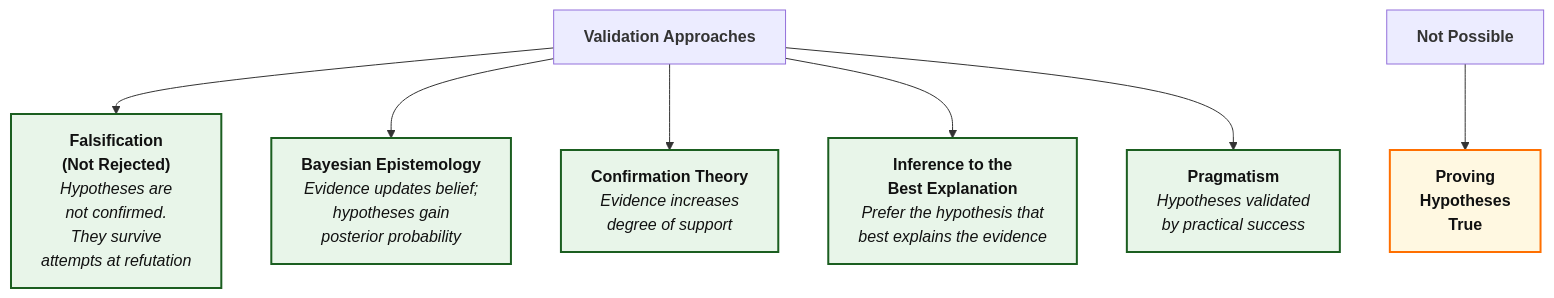
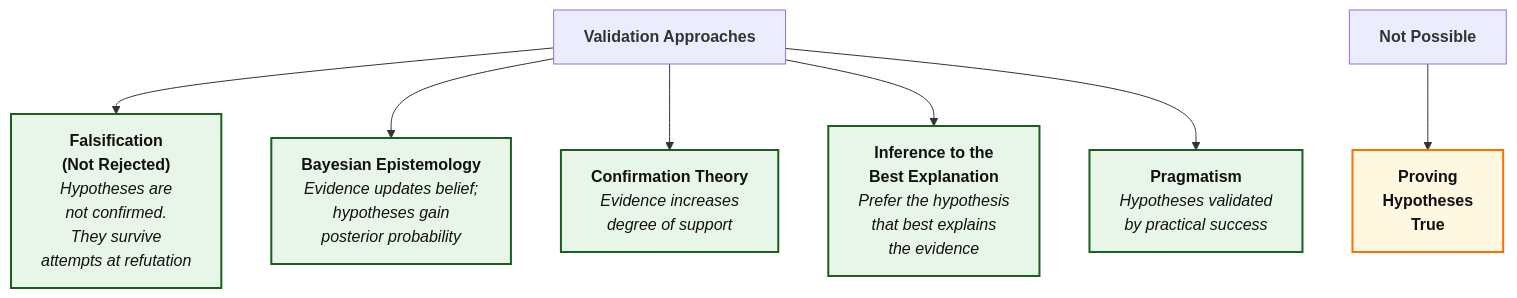
The diagram in work-notes/nek3.md (Tellusant/docs), drawn with Mermaid before and after one commit.

Commit message:
Fix wording in Inference to the Best Explanation

```diff
--- a/work-notes/nek3.md
+++ b/work-notes/nek3.md
@@ -4,33 +4,33 @@
 <div class="mermaid">
 
 flowchart TD
 
 %%{init: {'themeVariables': { 'fontFamily': 'Arial'}}}%%
 
     V["`**Validation Approaches**`"]:::none
 
     F["`**Falsification<br/>(Not Rejected)**<br/>*Hypotheses are<br/>not confirmed.<br/>They survive<br/>attempts at refutation*`"]:::strong
     B["`**Bayesian Epistemology**<br/>*Evidence updates belief;<br/>hypotheses gain<br/>posterior probability*`"]:::strong
     C["`**Confirmation Theory**<br/>*Evidence increases<br/>degree of support*`"]:::strong
-    I["`**Inference to the<br/>Best Explanation**<br/>*Prefer the hypothesis that<br/>best explains the evidence*`"]:::strong
+    I["`**Inference to the<br/>Best Explanation**<br/>*Prefer the hypothesis<br/>that best explains<br/>the evidence*`"]:::strong
     R["`**Pragmatism**<br/>*Hypotheses validated<br/>by practical success*`"]:::strong
 
     NV["`**Not Possible**`"]:::none
     CO["`**Proving<br/>Hypotheses<br/>True**`"]:::mixed
 
     V --> F
     V --> B
     V --> C
     V --> I
     V --> R
     NV--> CO
 
     %% ========= STYLES ========= Labels are from another graph
 classDef strong  fill:#E8F5E9,stroke:#1B5E20,stroke-width:2px,color:#111;
 classDef neutral fill:#E3F2FD,stroke:#0D47A1,stroke-width:2px,color:#111;
 classDef mixed   fill:#FFF8E1,stroke:#FF6F00,stroke-width:2px,color:#111;
 classDef risk    fill:#FDECEA,stroke:#B71C1C,stroke-width:2px,color:#111;
 classDef summary fill:#F5F5F5,stroke:#424242,stroke-width:2px,color:#111;
 classDef anchor fill:transparent,stroke:transparent;
 
 </div>
```
